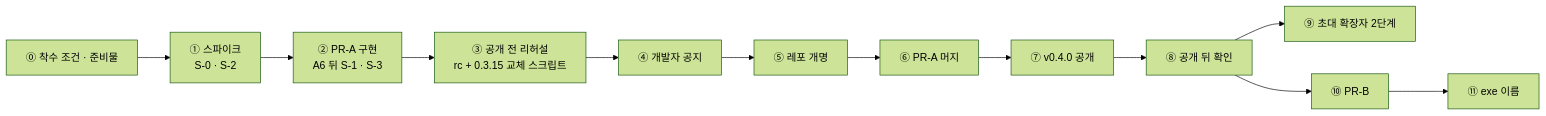
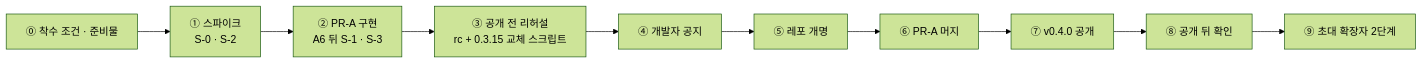
The diagram in RENAME-NOVA-PLAN.md (inkwonjung-colosseum/colo-design), drawn with Mermaid (forest theme) before and after one commit. The commit also changed other lines of this file and 8 other files, not shown here.

````diff
--- a/RENAME-NOVA-PLAN.md
+++ b/RENAME-NOVA-PLAN.md
@@ -340,14 +395,12 @@
 ```mermaid
 flowchart LR
     P["⓪ 착수 조건 · 준비물"] --> S["① 스파이크<br/>S-0 · S-2"]
     S --> A["② PR-A 구현<br/>A6 뒤 S-1 · S-3"]
     A --> H["③ 공개 전 리허설<br/>rc + 0.3.15 교체 스크립트"]
     H --> N["④ 개발자 공지"]
     N --> R["⑤ 레포 개명"]
     R --> M["⑥ PR-A 머지"]
     M --> T["⑦ v0.4.0 공개"]
     T --> V["⑧ 공개 뒤 확인"]
     V --> I["⑨ 초대 확장자 2단계"]
-    V --> B["⑩ PR-B"]
-    B --> X["⑪ exe 이름"]
 ```
````
